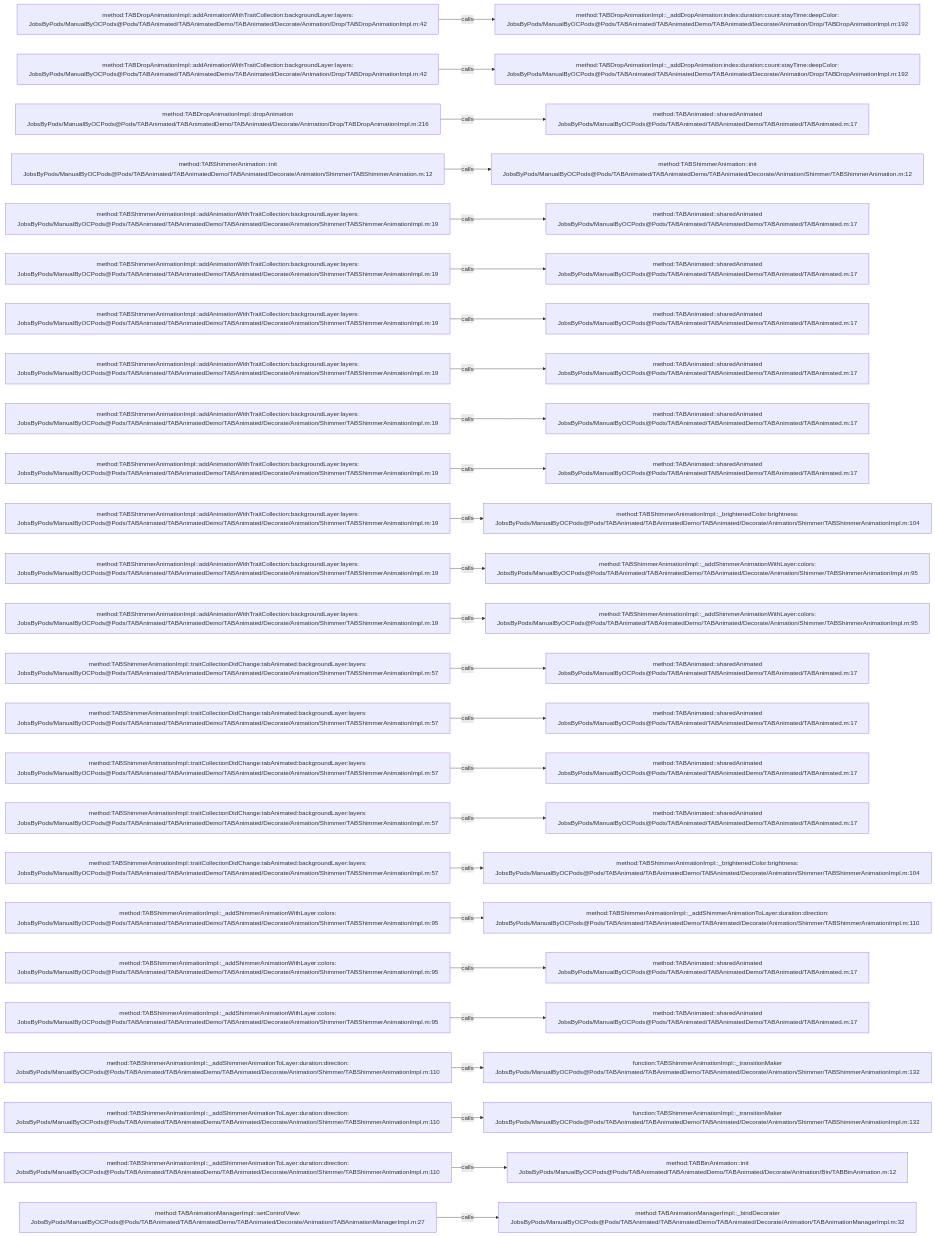
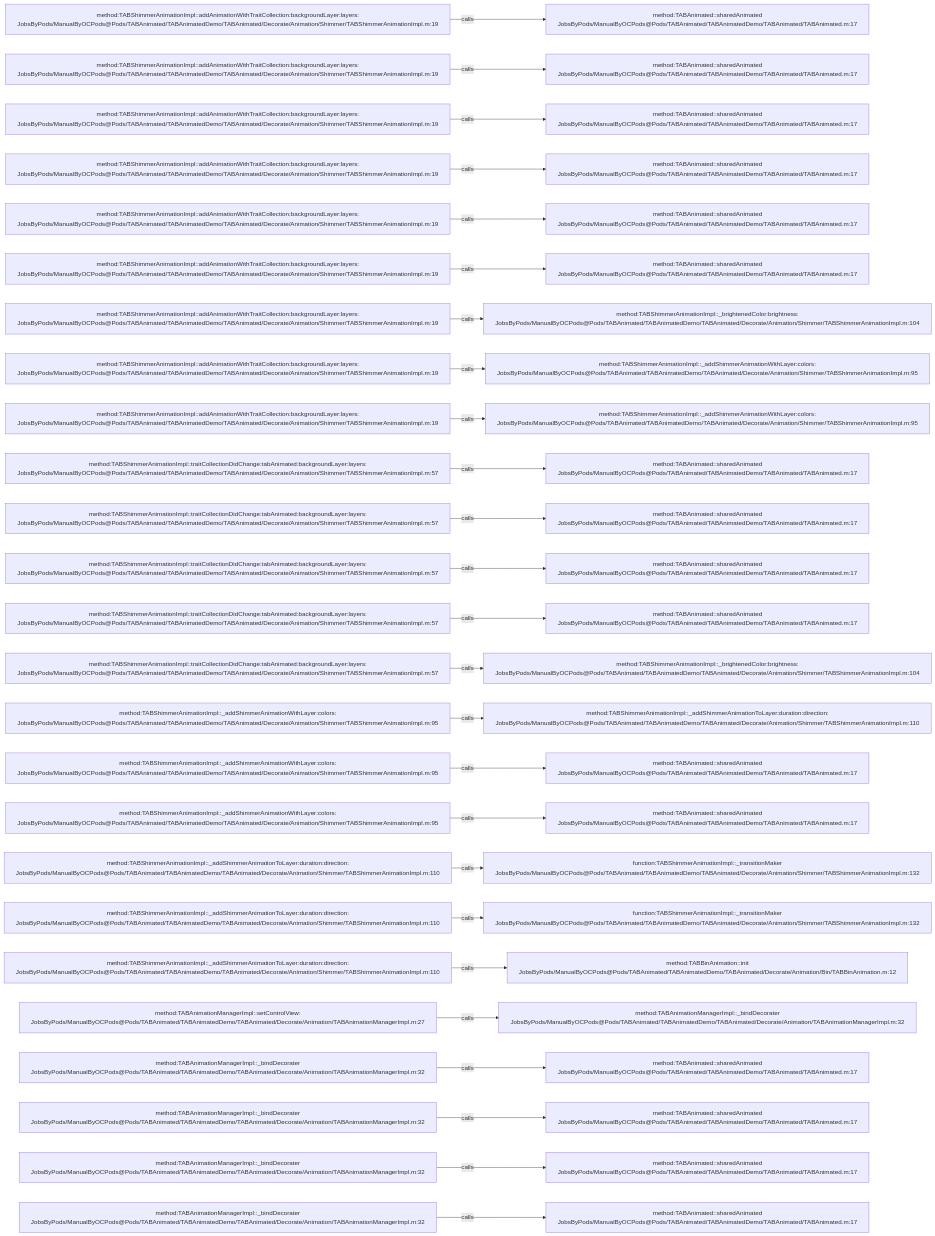
The diagram in .codegraph/codegraph.md/graphs/calls-027.md (JobsKits/JobsOCBaseConfigDemo), drawn with Mermaid before and after one commit. The commit also changed 727 other files, not shown here.

````diff
--- a/.codegraph/codegraph.md/graphs/calls-027.md
+++ b/.codegraph/codegraph.md/graphs/calls-027.md
@@ -13,78 +13,78 @@
 ```mermaid
 flowchart LR
-  S1["method:TABDropAnimationImpl::addAnimationWithTraitCollection:backgroundLayer:layers:<br/>JobsByPods/ManualByOCPods@Pods/TABAnimated/TABAnimatedDemo/TABAnimated/Decorate/Animation/Drop/TABDropAnimationImpl.m:42"]
-  T1["method:TABDropAnimationImpl::_addDropAnimation:index:duration:count:stayTime:deepColor:<br/>JobsByPods/ManualByOCPods@Pods/TABAnimated/TABAnimatedDemo/TABAnimated/Decorate/Animation/Drop/TABDropAnimationImpl.m:192"]
+  S1["method:TABShimmerAnimationImpl::addAnimationWithTraitCollection:backgroundLayer:layers:<br/>JobsByPods/ManualByOCPods@Pods/TABAnimated/TABAnimatedDemo/TABAnimated/Decorate/Animation/Shimmer/TABShimmerAnimationImpl.m:19"]
+  T1["method:TABAnimated::sharedAnimated<br/>JobsByPods/ManualByOCPods@Pods/TABAnimated/TABAnimatedDemo/TABAnimated/TABAnimated.m:17"]
   S1 -->|calls| T1
-  S2["method:TABDropAnimationImpl::addAnimationWithTraitCollection:backgroundLayer:layers:<br/>JobsByPods/ManualByOCPods@Pods/TABAnimated/TABAnimatedDemo/TABAnimated/Decorate/Animation/Drop/TABDropAnimationImpl.m:42"]
-  T2["method:TABDropAnimationImpl::_addDropAnimation:index:duration:count:stayTime:deepColor:<br/>JobsByPods/ManualByOCPods@Pods/TABAnimated/TABAnimatedDemo/TABAnimated/Decorate/Animation/Drop/TABDropAnimationImpl.m:192"]
+  S2["method:TABShimmerAnimationImpl::addAnimationWithTraitCollection:backgroundLayer:layers:<br/>JobsByPods/ManualByOCPods@Pods/TABAnimated/TABAnimatedDemo/TABAnimated/Decorate/Animation/Shimmer/TABShimmerAnimationImpl.m:19"]
+  T2["method:TABAnimated::sharedAnimated<br/>JobsByPods/ManualByOCPods@Pods/TABAnimated/TABAnimatedDemo/TABAnimated/TABAnimated.m:17"]
   S2 -->|calls| T2
-  S3["method:TABDropAnimationImpl::dropAnimation<br/>JobsByPods/ManualByOCPods@Pods/TABAnimated/TABAnimatedDemo/TABAnimated/Decorate/Animation/Drop/TABDropAnimationImpl.m:216"]
+  S3["method:TABShimmerAnimationImpl::addAnimationWithTraitCollection:backgroundLayer:layers:<br/>JobsByPods/ManualByOCPods@Pods/TABAnimated/TABAnimatedDemo/TABAnimated/Decorate/Animation/Shimmer/TABShimmerAnimationImpl.m:19"]
   T3["method:TABAnimated::sharedAnimated<br/>JobsByPods/ManualByOCPods@Pods/TABAnimated/TABAnimatedDemo/TABAnimated/TABAnimated.m:17"]
   S3 -->|calls| T3
-  S4["method:TABShimmerAnimation::init<br/>JobsByPods/ManualByOCPods@Pods/TABAnimated/TABAnimatedDemo/TABAnimated/Decorate/Animation/Shimmer/TABShimmerAnimation.m:12"]
-  T4["method:TABShimmerAnimation::init<br/>JobsByPods/ManualByOCPods@Pods/TABAnimated/TABAnimatedDemo/TABAnimated/Decorate/Animation/Shimmer/TABShimmerAnimation.m:12"]
+  S4["method:TABShimmerAnimationImpl::addAnimationWithTraitCollection:backgroundLayer:layers:<br/>JobsByPods/ManualByOCPods@Pods/TABAnimated/TABAnimatedDemo/TABAnimated/Decorate/Animation/Shimmer/TABShimmerAnimationImpl.m:19"]
+  T4["method:TABAnimated::sharedAnimated<br/>JobsByPods/ManualByOCPods@Pods/TABAnimated/TABAnimatedDemo/TABAnimated/TABAnimated.m:17"]
   S4 -->|calls| T4
   S5["method:TABShimmerAnimationImpl::addAnimationWithTraitCollection:backgroundLayer:layers:<br/>JobsByPods/ManualByOCPods@Pods/TABAnimated/TABAnimatedDemo/TABAnimated/Decorate/Animation/Shimmer/TABShimmerAnimationImpl.m:19"]
   T5["method:TABAnimated::sharedAnimated<br/>JobsByPods/ManualByOCPods@Pods/TABAnimated/TABAnimatedDemo/TABAnimated/TABAnimated.m:17"]
   S5 -->|calls| T5
   S6["method:TABShimmerAnimationImpl::addAnimationWithTraitCollection:backgroundLayer:layers:<br/>JobsByPods/ManualByOCPods@Pods/TABAnimated/TABAnimatedDemo/TABAnimated/Decorate/Animation/Shimmer/TABShimmerAnimationImpl.m:19"]
   T6["method:TABAnimated::sharedAnimated<br/>JobsByPods/ManualByOCPods@Pods/TABAnimated/TABAnimatedDemo/TABAnimated/TABAnimated.m:17"]
   S6 -->|calls| T6
   S7["method:TABShimmerAnimationImpl::addAnimationWithTraitCollection:backgroundLayer:layers:<br/>JobsByPods/ManualByOCPods@Pods/TABAnimated/TABAnimatedDemo/TABAnimated/Decorate/Animation/Shimmer/TABShimmerAnimationImpl.m:19"]
-  T7["method:TABAnimated::sharedAnimated<br/>JobsByPods/ManualByOCPods@Pods/TABAnimated/TABAnimatedDemo/TABAnimated/TABAnimated.m:17"]
+  T7["method:TABShimmerAnimationImpl::_brightenedColor:brightness:<br/>JobsByPods/ManualByOCPods@Pods/TABAnimated/TABAnimatedDemo/TABAnimated/Decorate/Animation/Shimmer/TABShimmerAnimationImpl.m:104"]
   S7 -->|calls| T7
   S8["method:TABShimmerAnimationImpl::addAnimationWithTraitCollection:backgroundLayer:layers:<br/>JobsByPods/ManualByOCPods@Pods/TABAnimated/TABAnimatedDemo/TABAnimated/Decorate/Animation/Shimmer/TABShimmerAnimationImpl.m:19"]
-  T8["method:TABAnimated::sharedAnimated<br/>JobsByPods/ManualByOCPods@Pods/TABAnimated/TABAnimatedDemo/TABAnimated/TABAnimated.m:17"]
+  T8["method:TABShimmerAnimationImpl::_addShimmerAnimationWithLayer:colors:<br/>JobsByPods/ManualByOCPods@Pods/TABAnimated/TABAnimatedDemo/TABAnimated/Decorate/Animation/Shimmer/TABShimmerAnimationImpl.m:95"]
   S8 -->|calls| T8
   S9["method:TABShimmerAnimationImpl::addAnimationWithTraitCollection:backgroundLayer:layers:<br/>JobsByPods/ManualByOCPods@Pods/TABAnimated/TABAnimatedDemo/TABAnimated/Decorate/Animation/Shimmer/TABShimmerAnimationImpl.m:19"]
-  T9["method:TABAnimated::sharedAnimated<br/>JobsByPods/ManualByOCPods@Pods/TABAnimated/TABAnimatedDemo/TABAnimated/TABAnimated.m:17"]
+  T9["method:TABShimmerAnimationImpl::_addShimmerAnimationWithLayer:colors:<br/>JobsByPods/ManualByOCPods@Pods/TABAnimated/TABAnimatedDemo/TABAnimated/Decorate/Animation/Shimmer/TABShimmerAnimationImpl.m:95"]
   S9 -->|calls| T9
-  S10["method:TABShimmerAnimationImpl::addAnimationWithTraitCollection:backgroundLayer:layers:<br/>JobsByPods/ManualByOCPods@Pods/TABAnimated/TABAnimatedDemo/TABAnimated/Decorate/Animation/Shimmer/TABShimmerAnimationImpl.m:19"]
+  S10["method:TABShimmerAnimationImpl::traitCollectionDidChange:tabAnimated:backgroundLayer:layers:<br/>JobsByPods/ManualByOCPods@Pods/TABAnimated/TABAnimatedDemo/TABAnimated/Decorate/Animation/Shimmer/TABShimmerAnimationImpl.m:57"]
   T10["method:TABAnimated::sharedAnimated<br/>JobsByPods/ManualByOCPods@Pods/TABAnimated/TABAnimatedDemo/TABAnimated/TABAnimated.m:17"]
   S10 -->|calls| T10
-  S11["method:TABShimmerAnimationImpl::addAnimationWithTraitCollection:backgroundLayer:layers:<br/>JobsByPods/ManualByOCPods@Pods/TABAnimated/TABAnimatedDemo/TABAnimated/Decorate/Animation/Shimmer/TABShimmerAnimationImpl.m:19"]
-  T11["method:TABShimmerAnimationImpl::_brightenedColor:brightness:<br/>JobsByPods/ManualByOCPods@Pods/TABAnimated/TABAnimatedDemo/TABAnimated/Decorate/Animation/Shimmer/TABShimmerAnimationImpl.m:104"]
+  S11["method:TABShimmerAnimationImpl::traitCollectionDidChange:tabAnimated:backgroundLayer:layers:<br/>JobsByPods/ManualByOCPods@Pods/TABAnimated/TABAnimatedDemo/TABAnimated/Decorate/Animation/Shimmer/TABShimmerAnimationImpl.m:57"]
+  T11["method:TABAnimated::sharedAnimated<br/>JobsByPods/ManualByOCPods@Pods/TABAnimated/TABAnimatedDemo/TABAnimated/TABAnimated.m:17"]
   S11 -->|calls| T11
-  S12["method:TABShimmerAnimationImpl::addAnimationWithTraitCollection:backgroundLayer:layers:<br/>JobsByPods/ManualByOCPods@Pods/TABAnimated/TABAnimatedDemo/TABAnimated/Decorate/Animation/Shimmer/TABShimmerAnimationImpl.m:19"]
-  T12["method:TABShimmerAnimationImpl::_addShimmerAnimationWithLayer:colors:<br/>JobsByPods/ManualByOCPods@Pods/TABAnimated/TABAnimatedDemo/TABAnimated/Decorate/Animation/Shimmer/TABShimmerAnimationImpl.m:95"]
+  S12["method:TABShimmerAnimationImpl::traitCollectionDidChange:tabAnimated:backgroundLayer:layers:<br/>JobsByPods/ManualByOCPods@Pods/TABAnimated/TABAnimatedDemo/TABAnimated/Decorate/Animation/Shimmer/TABShimmerAnimationImpl.m:57"]
+  T12["method:TABAnimated::sharedAnimated<br/>JobsByPods/ManualByOCPods@Pods/TABAnimated/TABAnimatedDemo/TABAnimated/TABAnimated.m:17"]
   S12 -->|calls| T12
-  S13["method:TABShimmerAnimationImpl::addAnimationWithTraitCollection:backgroundLayer:layers:<br/>JobsByPods/ManualByOCPods@Pods/TABAnimated/TABAnimatedDemo/TABAnimated/Decorate/Animation/Shimmer/TABShimmerAnimationImpl.m:19"]
-  T13["method:TABShimmerAnimationImpl::_addShimmerAnimationWithLayer:colors:<br/>JobsByPods/ManualByOCPods@Pods/TABAnimated/TABAnimatedDemo/TABAnimated/Decorate/Animation/Shimmer/TABShimmerAnimationImpl.m:95"]
+  S13["method:TABShimmerAnimationImpl::traitCollectionDidChange:tabAnimated:backgroundLayer:layers:<br/>JobsByPods/ManualByOCPods@Pods/TABAnimated/TABAnimatedDemo/TABAnimated/Decorate/Animation/Shimmer/TABShimmerAnimationImpl.m:57"]
+  T13["method:TABAnimated::sharedAnimated<br/>JobsByPods/ManualByOCPods@Pods/TABAnimated/TABAnimatedDemo/TABAnimated/TABAnimated.m:17"]
   S13 -->|calls| T13
   S14["method:TABShimmerAnimationImpl::traitCollectionDidChange:tabAnimated:backgroundLayer:layers:<br/>JobsByPods/ManualByOCPods@Pods/TABAnimated/TABAnimatedDemo/TABAnimated/Decorate/Animation/Shimmer/TABShimmerAnimationImpl.m:57"]
-  T14["method:TABAnimated::sharedAnimated<br/>JobsByPods/ManualByOCPods@Pods/TABAnimated/TABAnimatedDemo/TABAnimated/TABAnimated.m:17"]
+  T14["method:TABShimmerAnimationImpl::_brightenedColor:brightness:<br/>JobsByPods/ManualByOCPods@Pods/TABAnimated/TABAnimatedDemo/TABAnimated/Decorate/Animation/Shimmer/TABShimmerAnimationImpl.m:104"]
   S14 -->|calls| T14
-  S15["method:TABShimmerAnimationImpl::traitCollectionDidChange:tabAnimated:backgroundLayer:layers:<br/>JobsByPods/ManualByOCPods@Pods/TABAnimated/TABAnimatedDemo/TABAnimated/Decorate/Animation/Shimmer/TABShimmerAnimationImpl.m:57"]
-  T15["method:TABAnimated::sharedAnimated<br/>JobsByPods/ManualByOCPods@Pods/TABAnimated/TABAnimatedDemo/TABAnimated/TABAnimated.m:17"]
+  S15["method:TABShimmerAnimationImpl::_addShimmerAnimationWithLayer:colors:<br/>JobsByPods/ManualByOCPods@Pods/TABAnimated/TABAnimatedDemo/TABAnimated/Decorate/Animation/Shimmer/TABShimmerAnimationImpl.m:95"]
+  T15["method:TABShimmerAnimationImpl::_addShimmerAnimationToLayer:duration:direction:<br/>JobsByPods/ManualByOCPods@Pods/TABAnimated/TABAnimatedDemo/TABAnimated/Decorate/Animation/Shimmer/TABShimmerAnimationImpl.m:110"]
   S15 -->|calls| T15
-  S16["method:TABShimmerAnimationImpl::traitCollectionDidChange:tabAnimated:backgroundLayer:layers:<br/>JobsByPods/ManualByOCPods@Pods/TABAnimated/TABAnimatedDemo/TABAnimated/Decorate/Animation/Shimmer/TABShimmerAnimationImpl.m:57"]
+  S16["method:TABShimmerAnimationImpl::_addShimmerAnimationWithLayer:colors:<br/>JobsByPods/ManualByOCPods@Pods/TABAnimated/TABAnimatedDemo/TABAnimated/Decorate/Animation/Shimmer/TABShimmerAnimationImpl.m:95"]
   T16["method:TABAnimated::sharedAnimated<br/>JobsByPods/ManualByOCPods@Pods/TABAnimated/TABAnimatedDemo/TABAnimated/TABAnimated.m:17"]
   S16 -->|calls| T16
-  S17["method:TABShimmerAnimationImpl::traitCollectionDidChange:tabAnimated:backgroundLayer:layers:<br/>JobsByPods/ManualByOCPods@Pods/TABAnimated/TABAnimatedDemo/TABAnimated/Decorate/Animation/Shimmer/TABShimmerAnimationImpl.m:57"]
+  S17["method:TABShimmerAnimationImpl::_addShimmerAnimationWithLayer:colors:<br/>JobsByPods/ManualByOCPods@Pods/TABAnimated/TABAnimatedDemo/TABAnimated/Decorate/Animation/Shimmer/TABShimmerAnimationImpl.m:95"]
   T17["method:TABAnimated::sharedAnimated<br/>JobsByPods/ManualByOCPods@Pods/TABAnimated/TABAnimatedDemo/TABAnimated/TABAnimated.m:17"]
   S17 -->|calls| T17
-  S18["method:TABShimmerAnimationImpl::traitCollectionDidChange:tabAnimated:backgroundLayer:layers:<br/>JobsByPods/ManualByOCPods@Pods/TABAnimated/TABAnimatedDemo/TABAnimated/Decorate/Animation/Shimmer/TABShimmerAnimationImpl.m:57"]
-  T18["method:TABShimmerAnimationImpl::_brightenedColor:brightness:<br/>JobsByPods/ManualByOCPods@Pods/TABAnimated/TABAnimatedDemo/TABAnimated/Decorate/Animation/Shimmer/TABShimmerAnimationImpl.m:104"]
+  S18["method:TABShimmerAnimationImpl::_addShimmerAnimationToLayer:duration:direction:<br/>JobsByPods/ManualByOCPods@Pods/TABAnimated/TABAnimatedDemo/TABAnimated/Decorate/Animation/Shimmer/TABShimmerAnimationImpl.m:110"]
+  T18["function:TABShimmerAnimationImpl::_transitionMaker<br/>JobsByPods/ManualByOCPods@Pods/TABAnimated/TABAnimatedDemo/TABAnimated/Decorate/Animation/Shimmer/TABShimmerAnimationImpl.m:132"]
   S18 -->|calls| T18
-  S19["method:TABShimmerAnimationImpl::_addShimmerAnimationWithLayer:colors:<br/>JobsByPods/ManualByOCPods@Pods/TABAnimated/TABAnimatedDemo/TABAnimated/Decorate/Animation/Shimmer/TABShimmerAnimationImpl.m:95"]
-  T19["method:TABShimmerAnimationImpl::_addShimmerAnimationToLayer:duration:direction:<br/>JobsByPods/ManualByOCPods@Pods/TABAnimated/TABAnimatedDemo/TABAnimated/Decorate/Animation/Shimmer/TABShimmerAnimationImpl.m:110"]
+  S19["method:TABShimmerAnimationImpl::_addShimmerAnimationToLayer:duration:direction:<br/>JobsByPods/ManualByOCPods@Pods/TABAnimated/TABAnimatedDemo/TABAnimated/Decorate/Animation/Shimmer/TABShimmerAnimationImpl.m:110"]
+  T19["function:TABShimmerAnimationImpl::_transitionMaker<br/>JobsByPods/ManualByOCPods@Pods/TABAnimated/TABAnimatedDemo/TABAnimated/Decorate/Animation/Shimmer/TABShimmerAnimationImpl.m:132"]
   S19 -->|calls| T19
-  S20["method:TABShimmerAnimationImpl::_addShimmerAnimationWithLayer:colors:<br/>JobsByPods/ManualByOCPods@Pods/TABAnimated/TABAnimatedDemo/TABAnimated/Decorate/Animation/Shimmer/TABShimmerAnimationImpl.m:95"]
-  T20["method:TABAnimated::sharedAnimated<br/>JobsByPods/ManualByOCPods@Pods/TABAnimated/TABAnimatedDemo/TABAnimated/TABAnimated.m:17"]
+  S20["method:TABShimmerAnimationImpl::_addShimmerAnimationToLayer:duration:direction:<br/>JobsByPods/ManualByOCPods@Pods/TABAnimated/TABAnimatedDemo/TABAnimated/Decorate/Animation/Shimmer/TABShimmerAnimationImpl.m:110"]
+  T20["method:TABBinAnimation::init<br/>JobsByPods/ManualByOCPods@Pods/TABAnimated/TABAnimatedDemo/TABAnimated/Decorate/Animation/Bin/TABBinAnimation.m:12"]
   S20 -->|calls| T20
-  S21["method:TABShimmerAnimationImpl::_addShimmerAnimationWithLayer:colors:<br/>JobsByPods/ManualByOCPods@Pods/TABAnimated/TABAnimatedDemo/TABAnimated/Decorate/Animation/Shimmer/TABShimmerAnimationImpl.m:95"]
-  T21["method:TABAnimated::sharedAnimated<br/>JobsByPods/ManualByOCPods@Pods/TABAnimated/TABAnimatedDemo/TABAnimated/TABAnimated.m:17"]
+  S21["method:TABAnimationManagerImpl::setControlView:<br/>JobsByPods/ManualByOCPods@Pods/TABAnimated/TABAnimatedDemo/TABAnimated/Decorate/Animation/TABAnimationManagerImpl.m:27"]
+  T21["method:TABAnimationManagerImpl::_bindDecorater<br/>JobsByPods/ManualByOCPods@Pods/TABAnimated/TABAnimatedDemo/TABAnimated/Decorate/Animation/TABAnimationManagerImpl.m:32"]
   S21 -->|calls| T21
-  S22["method:TABShimmerAnimationImpl::_addShimmerAnimationToLayer:duration:direction:<br/>JobsByPods/ManualByOCPods@Pods/TABAnimated/TABAnimatedDemo/TABAnimated/Decorate/Animation/Shimmer/TABShimmerAnimationImpl.m:110"]
-  T22["function:TABShimmerAnimationImpl::_transitionMaker<br/>JobsByPods/ManualByOCPods@Pods/TABAnimated/TABAnimatedDemo/TABAnimated/Decorate/Animation/Shimmer/TABShimmerAnimationImpl.m:132"]
+  S22["method:TABAnimationManagerImpl::_bindDecorater<br/>JobsByPods/ManualByOCPods@Pods/TABAnimated/TABAnimatedDemo/TABAnimated/Decorate/Animation/TABAnimationManagerImpl.m:32"]
+  T22["method:TABAnimated::sharedAnimated<br/>JobsByPods/ManualByOCPods@Pods/TABAnimated/TABAnimatedDemo/TABAnimated/TABAnimated.m:17"]
   S22 -->|calls| T22
-  S23["method:TABShimmerAnimationImpl::_addShimmerAnimationToLayer:duration:direction:<br/>JobsByPods/ManualByOCPods@Pods/TABAnimated/TABAnimatedDemo/TABAnimated/Decorate/Animation/Shimmer/TABShimmerAnimationImpl.m:110"]
-  T23["function:TABShimmerAnimationImpl::_transitionMaker<br/>JobsByPods/ManualByOCPods@Pods/TABAnimated/TABAnimatedDemo/TABAnimated/Decorate/Animation/Shimmer/TABShimmerAnimationImpl.m:132"]
+  S23["method:TABAnimationManagerImpl::_bindDecorater<br/>JobsByPods/ManualByOCPods@Pods/TABAnimated/TABAnimatedDemo/TABAnimated/Decorate/Animation/TABAnimationManagerImpl.m:32"]
+  T23["method:TABAnimated::sharedAnimated<br/>JobsByPods/ManualByOCPods@Pods/TABAnimated/TABAnimatedDemo/TABAnimated/TABAnimated.m:17"]
   S23 -->|calls| T23
-  S24["method:TABShimmerAnimationImpl::_addShimmerAnimationToLayer:duration:direction:<br/>JobsByPods/ManualByOCPods@Pods/TABAnimated/TABAnimatedDemo/TABAnimated/Decorate/Animation/Shimmer/TABShimmerAnimationImpl.m:110"]
-  T24["method:TABBinAnimation::init<br/>JobsByPods/ManualByOCPods@Pods/TABAnimated/TABAnimatedDemo/TABAnimated/Decorate/Animation/Bin/TABBinAnimation.m:12"]
+  S24["method:TABAnimationManagerImpl::_bindDecorater<br/>JobsByPods/ManualByOCPods@Pods/TABAnimated/TABAnimatedDemo/TABAnimated/Decorate/Animation/TABAnimationManagerImpl.m:32"]
+  T24["method:TABAnimated::sharedAnimated<br/>JobsByPods/ManualByOCPods@Pods/TABAnimated/TABAnimatedDemo/TABAnimated/TABAnimated.m:17"]
   S24 -->|calls| T24
-  S25["method:TABAnimationManagerImpl::setControlView:<br/>JobsByPods/ManualByOCPods@Pods/TABAnimated/TABAnimatedDemo/TABAnimated/Decorate/Animation/TABAnimationManagerImpl.m:27"]
-  T25["method:TABAnimationManagerImpl::_bindDecorater<br/>JobsByPods/ManualByOCPods@Pods/TABAnimated/TABAnimatedDemo/TABAnimated/Decorate/Animation/TABAnimationManagerImpl.m:32"]
+  S25["method:TABAnimationManagerImpl::_bindDecorater<br/>JobsByPods/ManualByOCPods@Pods/TABAnimated/TABAnimatedDemo/TABAnimated/Decorate/Animation/TABAnimationManagerImpl.m:32"]
+  T25["method:TABAnimated::sharedAnimated<br/>JobsByPods/ManualByOCPods@Pods/TABAnimated/TABAnimatedDemo/TABAnimated/TABAnimated.m:17"]
   S25 -->|calls| T25
 ```
````
